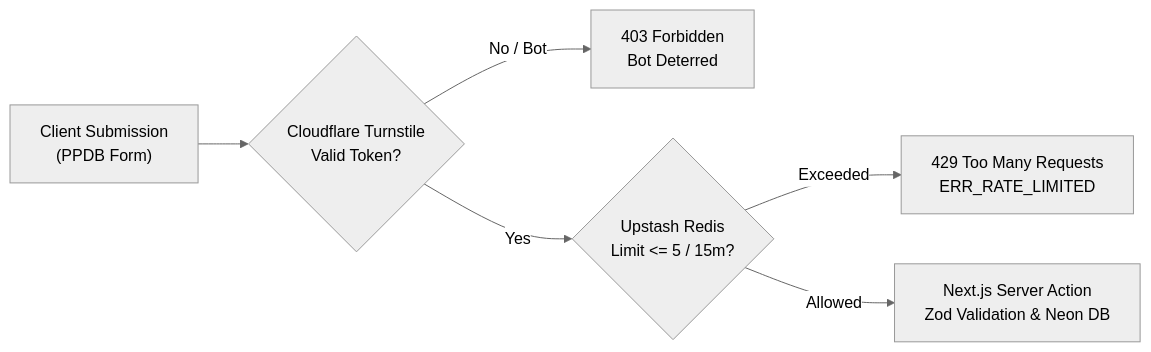
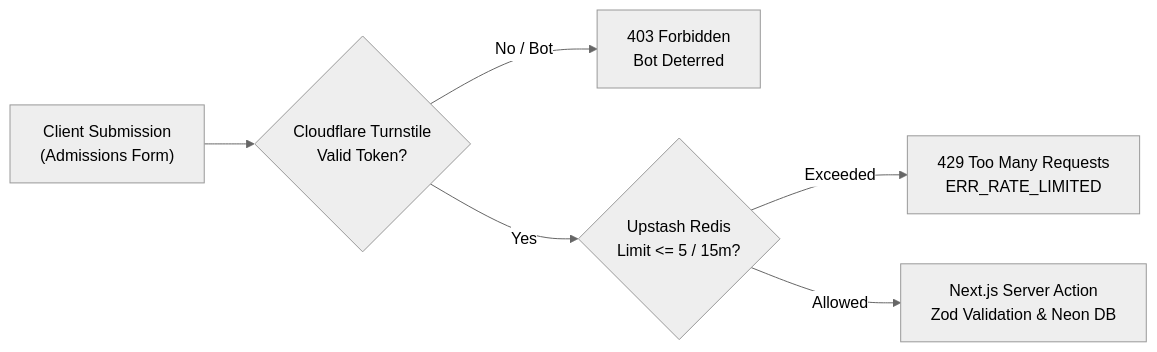
One commit to Mafrilearth/albirru-school-management-monorepo changed the second of 2 diagrams in .github/SECURITY.md. Above: the diagram before and after it, drawn with Mermaid (neutral theme). The commit also changed 31 other files, not shown here.

````diff
--- a/.github/SECURITY.md
+++ b/.github/SECURITY.md
@@ -56,8 +56,8 @@
 ```mermaid
 flowchart LR
-    Client["Client Submission<br/>(PPDB Form)"] --> Turnstile{"Cloudflare Turnstile<br/>Valid Token?"}
+    Client["Client Submission<br/>(Admissions Form)"] --> Turnstile{"Cloudflare Turnstile<br/>Valid Token?"}
     Turnstile -->|No / Bot| Reject["403 Forbidden<br/>Bot Deterred"]
     Turnstile -->|Yes| RateLimit{"Upstash Redis<br/>Limit <= 5 / 15m?"}
     RateLimit -->|Exceeded| Throttle["429 Too Many Requests<br/>ERR_RATE_LIMITED"]
     RateLimit -->|Allowed| Action["Next.js Server Action<br/>Zod Validation & Neon DB"]
 ```
````
